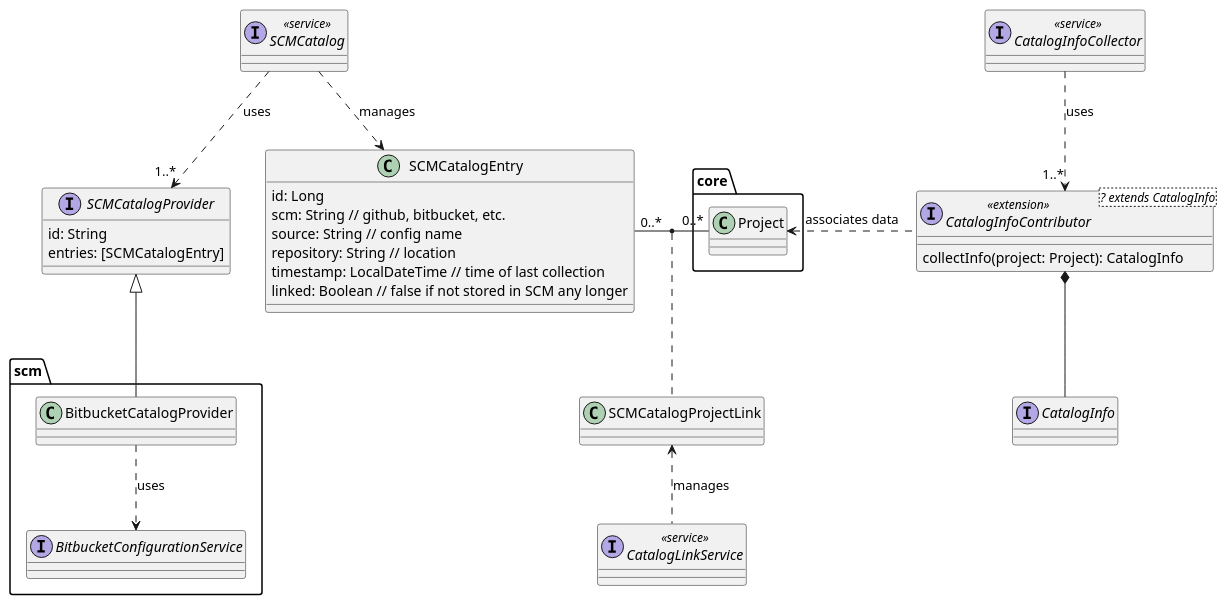
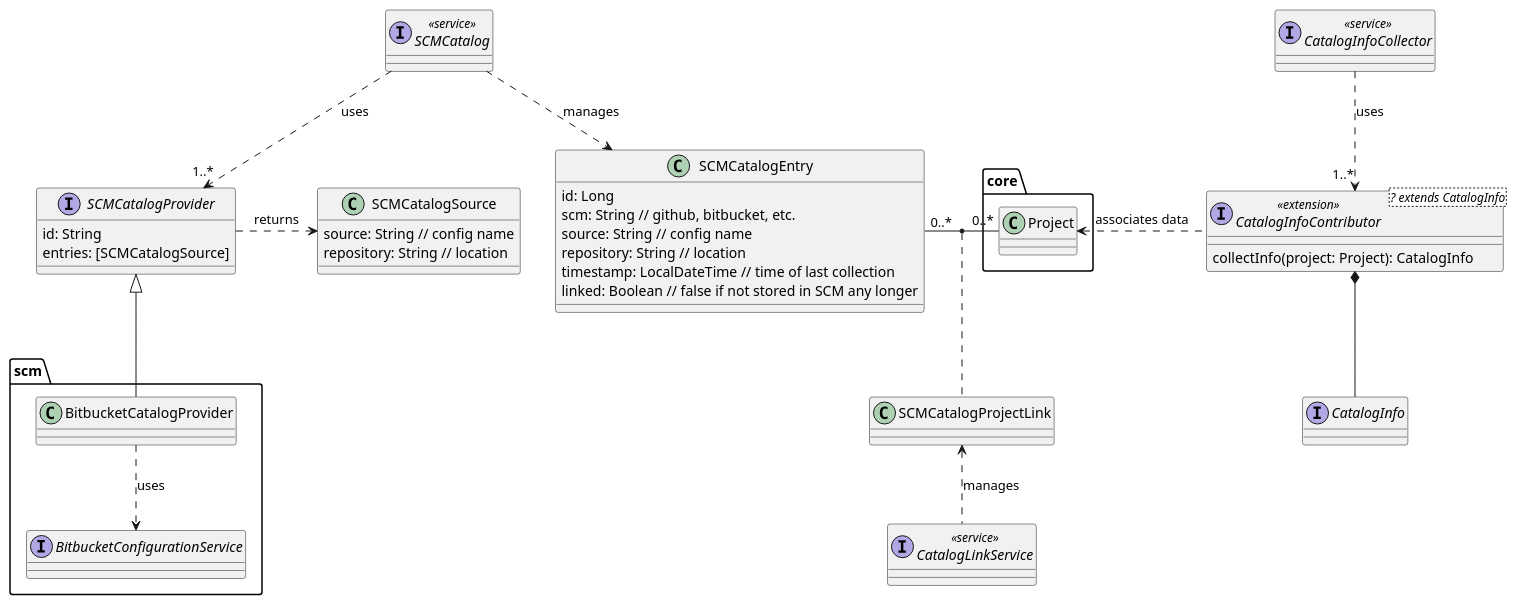
The diagram in ontrack-docs/src/docs/asciidoc/catalog-model.puml (nemerosa/ontrack), drawn with PlantUML before and after one commit. The commit also changed 11 other files, not shown here.

```diff
--- a/ontrack-docs/src/docs/asciidoc/catalog-model.puml
+++ b/ontrack-docs/src/docs/asciidoc/catalog-model.puml
@@ -1,59 +1,66 @@
 @startuml
 
 package core {
     class Project
 }
 
 interface SCMCatalogProvider {
     id: String
-    entries: [SCMCatalogEntry]
+    entries: [SCMCatalogSource]
 }
 
 interface SCMCatalog <<service>>
 
 SCMCatalog ..> SCMCatalogEntry: manages
 
 SCMCatalog ..> SCMCatalogProvider: uses "1..*"
+
+class SCMCatalogSource {
+    source: String // config name
+    repository: String // location
+}
+
+SCMCatalogProvider .right.> SCMCatalogSource: returns
 
 class SCMCatalogEntry {
     id: Long
     scm: String // github, bitbucket, etc.
     source: String // config name
     repository: String // location
     timestamp: LocalDateTime // time of last collection
     linked: Boolean // false if not stored in SCM any longer
 }
 
 class SCMCatalogProjectLink
 
 
 SCMCatalogEntry "0..*" - "0..*" Project
 
 (SCMCatalogEntry, Project) .. SCMCatalogProjectLink
 
 interface CatalogLinkService <<service>>
 
 CatalogLinkService .up.> SCMCatalogProjectLink: manages
 
 interface CatalogInfoContributor<? extends CatalogInfo> <<extension>> {
     collectInfo(project: Project): CatalogInfo
 }
 
 interface CatalogInfo
 CatalogInfoContributor *-down- CatalogInfo
 
 CatalogInfoContributor .left.> Project: associates data
 
 interface CatalogInfoCollector <<service>>
 
 CatalogInfoCollector ..> CatalogInfoContributor: uses "1..*"
 
 package scm {
     interface BitbucketConfigurationService
     class BitbucketCatalogProvider
 
     BitbucketCatalogProvider -up-|> SCMCatalogProvider
     BitbucketCatalogProvider .down.> BitbucketConfigurationService: uses
 }
 
 @enduml
```
